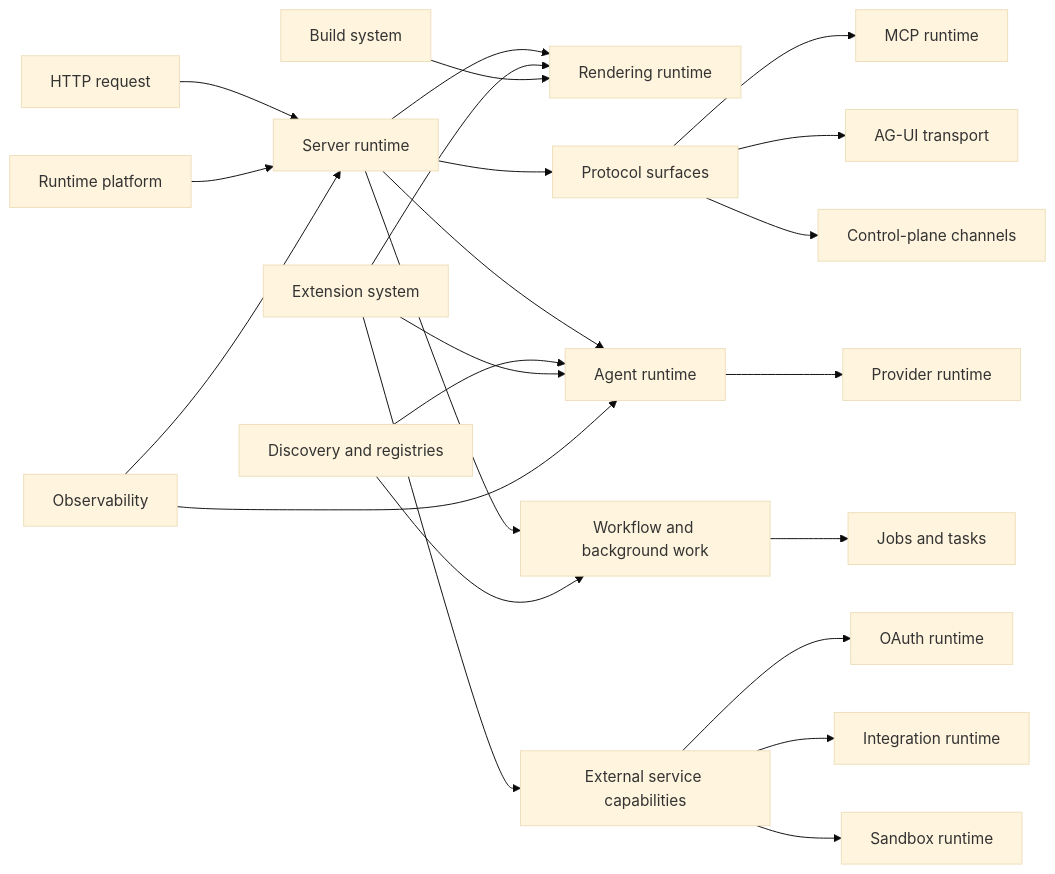
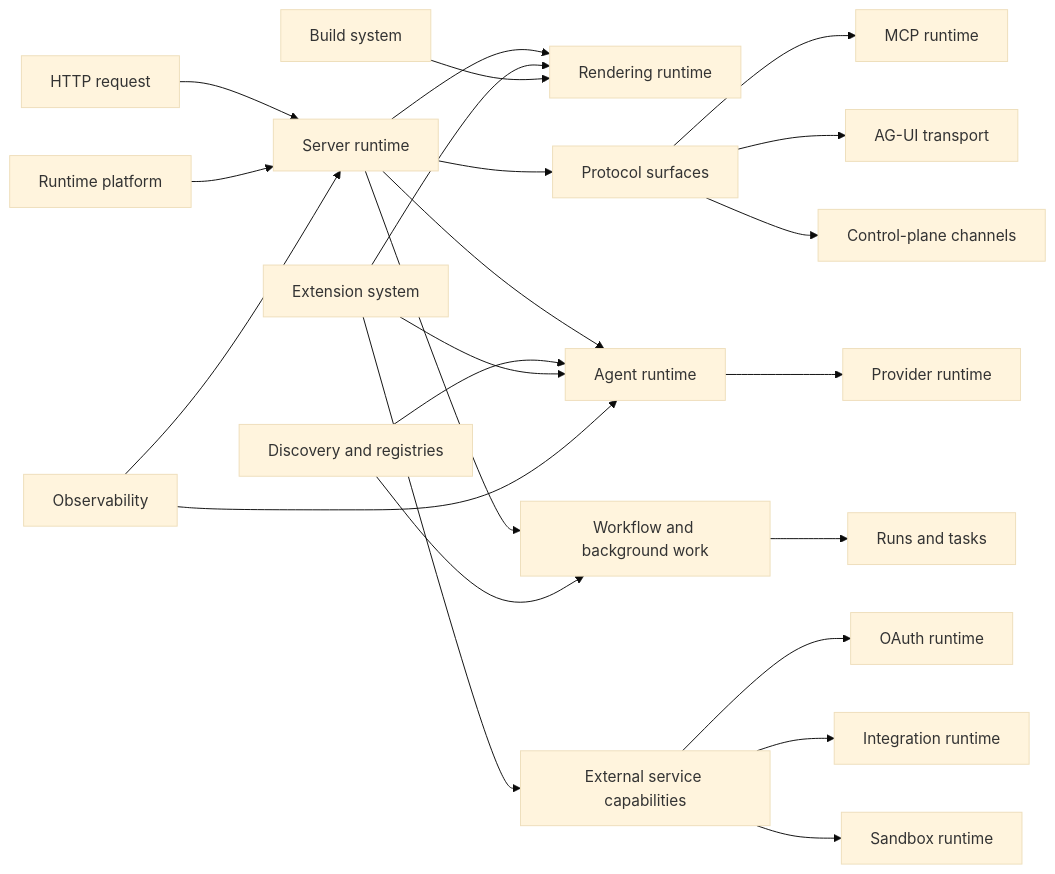
Before and after one commit to veryfront/veryfront-code: the diagram in docs/architecture/01-system-overview.md, drawn with Mermaid (base theme). The commit also changed other lines of this file and 104 other files, not shown here.

````diff
--- a/docs/architecture/01-system-overview.md
+++ b/docs/architecture/01-system-overview.md
@@ -13,27 +13,27 @@
 ```mermaid
 flowchart LR
   request[HTTP request] --> server[Server runtime]
   server --> rendering[Rendering runtime]
   server --> protocols[Protocol surfaces]
   server --> ai[Agent runtime]
   server --> workflow[Workflow and background work]
 
   ai --> provider[Provider runtime]
-  workflow --> jobs[Jobs and tasks]
+  workflow --> runs[Runs and tasks]
   external[External service capabilities] --> oauth[OAuth runtime]
   external --> integration[Integration runtime]
   external --> sandbox[Sandbox runtime]
   protocols --> mcp[MCP runtime]
   protocols --> agui[AG-UI transport]
   protocols --> channels[Control-plane channels]
 
   discovery[Discovery and registries] --> ai
   discovery --> workflow
   extensions[Extension system] --> ai
   extensions --> rendering
   extensions --> external
   platform[Runtime platform] --> server
   build[Build system] --> rendering
   observability[Observability] --> server
   observability --> ai
 ```
````
